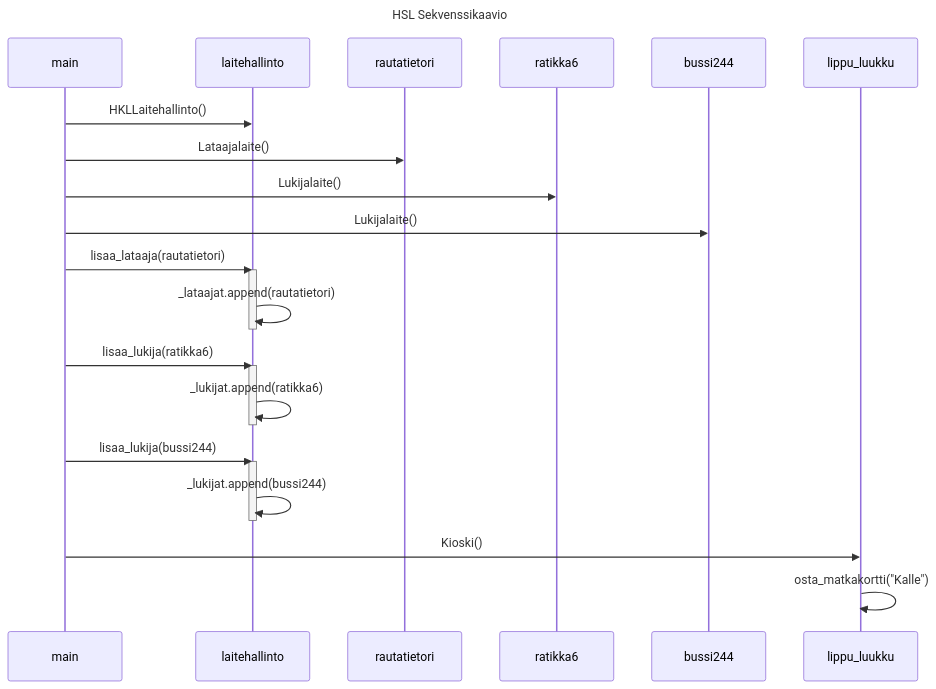
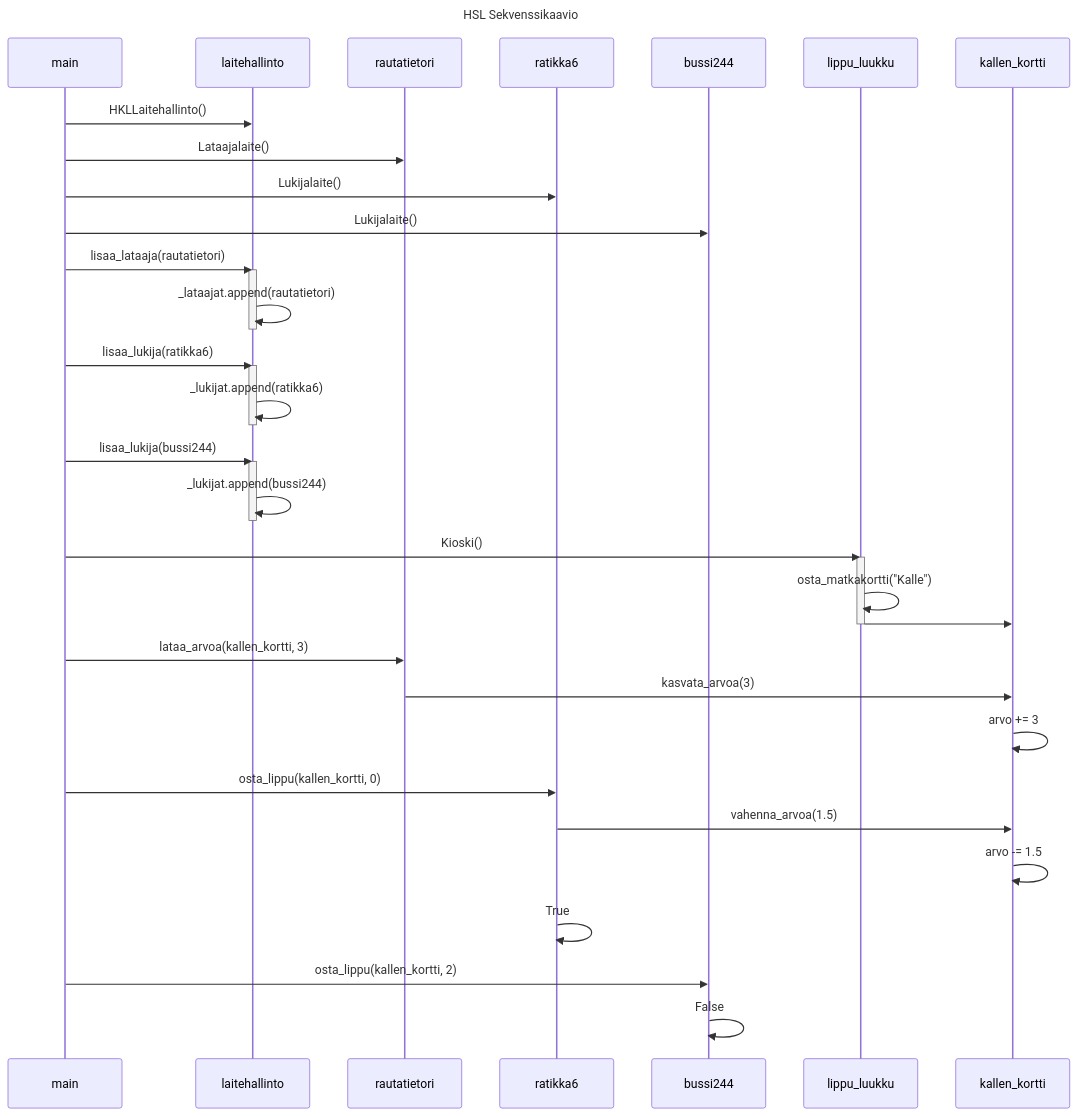
The diagram in laskarit/viikko3/sekvenssikaavio HSL.md (A5Beef/ot-harjoitustyo), drawn with Mermaid before and after one commit.

Commit message:
Updated exc2 HSL sequence diagram

````diff
--- a/laskarit/viikko3/sekvenssikaavio HSL.md
+++ b/laskarit/viikko3/sekvenssikaavio HSL.md
@@ -4,33 +4,51 @@
 ```mermaid
 ---
 title: HSL Sekvenssikaavio
 ---
 sequenceDiagram
   participant main
   participant laitehallinto
   participant rautatietori
   participant ratikka6
   participant bussi244
   main->> laitehallinto: HKLLaitehallinto()
   main->>rautatietori: Lataajalaite()
   main->>ratikka6: Lukijalaite()
   main->>bussi244: Lukijalaite()
   main->>laitehallinto: lisaa_lataaja(rautatietori)
   activate laitehallinto
   laitehallinto->>laitehallinto: _lataajat.append(rautatietori)
   deactivate laitehallinto
   main->>laitehallinto: lisaa_lukija(ratikka6)
   activate laitehallinto
   laitehallinto->>laitehallinto: _lukijat.append(ratikka6)
   deactivate laitehallinto
 
   main->>laitehallinto: lisaa_lukija(bussi244)
   activate laitehallinto
   laitehallinto->>laitehallinto: _lukijat.append(bussi244)
   deactivate laitehallinto
 
   main->>lippu_luukku: Kioski()
+  activate lippu_luukku
   lippu_luukku->>lippu_luukku: osta_matkakortti("Kalle")
+  lippu_luukku->>kallen_kortti:
+  deactivate lippu_luukku
+
+  main->>rautatietori: lataa_arvoa(kallen_kortti, 3)
+  rautatietori->>kallen_kortti: kasvata_arvoa(3)
+  kallen_kortti->>kallen_kortti: arvo += 3
+
+  main->>ratikka6: osta_lippu(kallen_kortti, 0)
+  ratikka6->>kallen_kortti: vahenna_arvoa(1.5)
+  kallen_kortti->>kallen_kortti: arvo -= 1.5
+  ratikka6->>ratikka6: True
+
+  main->>bussi244: osta_lippu(kallen_kortti, 2)
+  bussi244->>bussi244: False
+  
+  
+  
   
 
 ```
````
